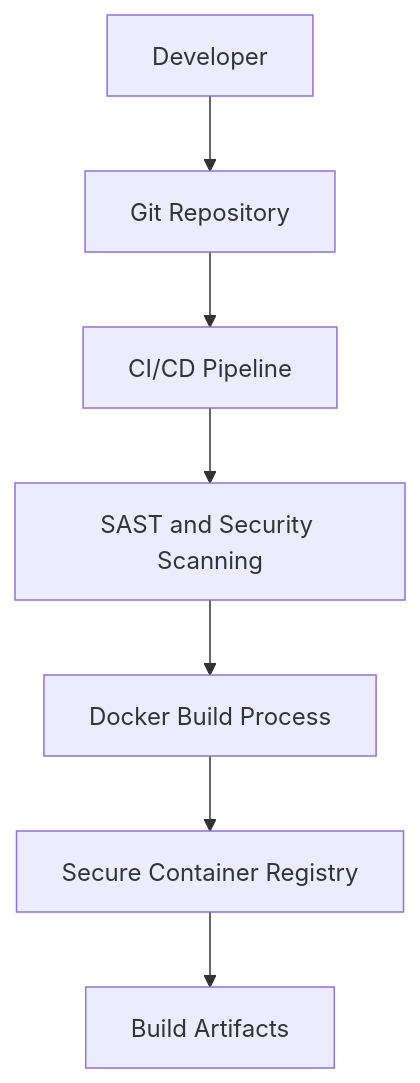
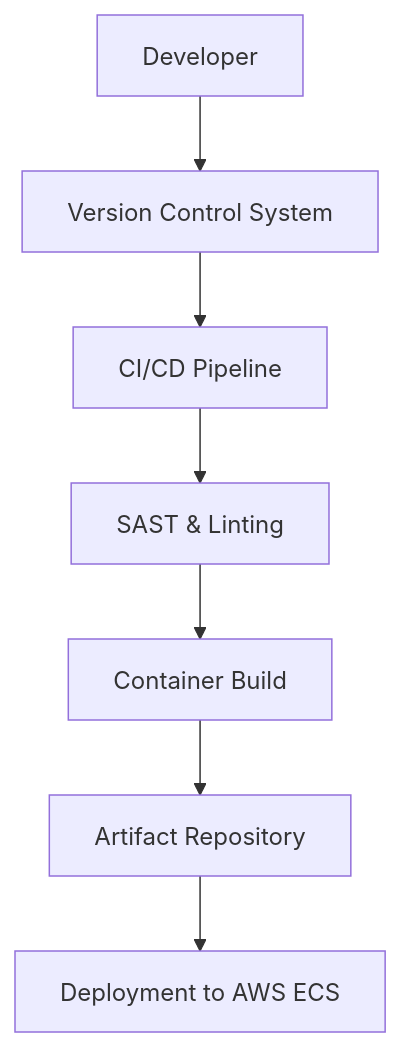
The fourth of 4 diagrams in examples/file-sec-design-ai-nutrition-pro-o3-mini.md (xvnpw/ai-security-analyzer), drawn with Mermaid before and after one commit. The commit also changed other lines of this file and 218 other files, not shown here.

````diff
--- a/examples/file-sec-design-ai-nutrition-pro-o3-mini.md
+++ b/examples/file-sec-design-ai-nutrition-pro-o3-mini.md
@@ -146,17 +128,17 @@
 ```mermaid
-flowchart TD
+graph TD
     Developer[Developer]
-    Repo[Git Repository]
+    VCS[Version Control System]
     CI[CI/CD Pipeline]
-    SAST[SAST and Security Scanning]
-    Build[Docker Build Process]
-    Registry[Secure Container Registry]
-    Artifact[Build Artifacts]
+    SAST[SAST & Linting]
+    Build[Container Build]
+    Artifact[Artifact Repository]
+    Deployment[Deployment to AWS ECS]
 
-    Developer --> Repo
-    Repo --> CI
+    Developer --> VCS
+    VCS --> CI
     CI --> SAST
     SAST --> Build
-    Build --> Registry
-    Registry --> Artifact
+    Build --> Artifact
+    Artifact --> Deployment
 ```
````
